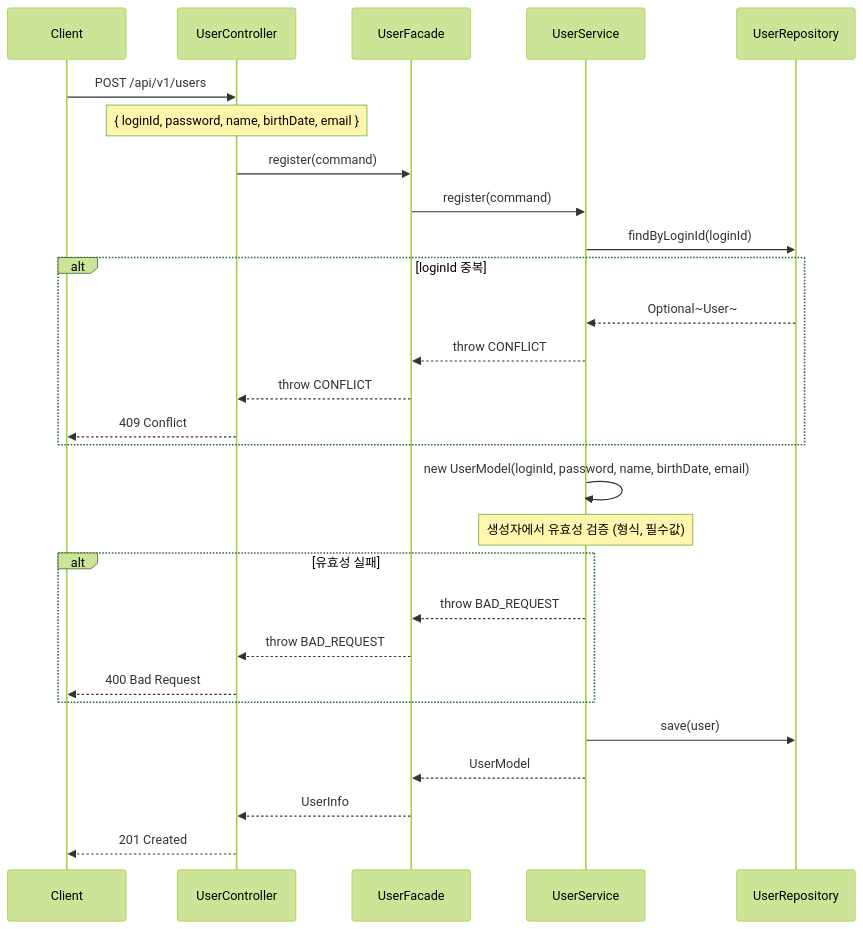
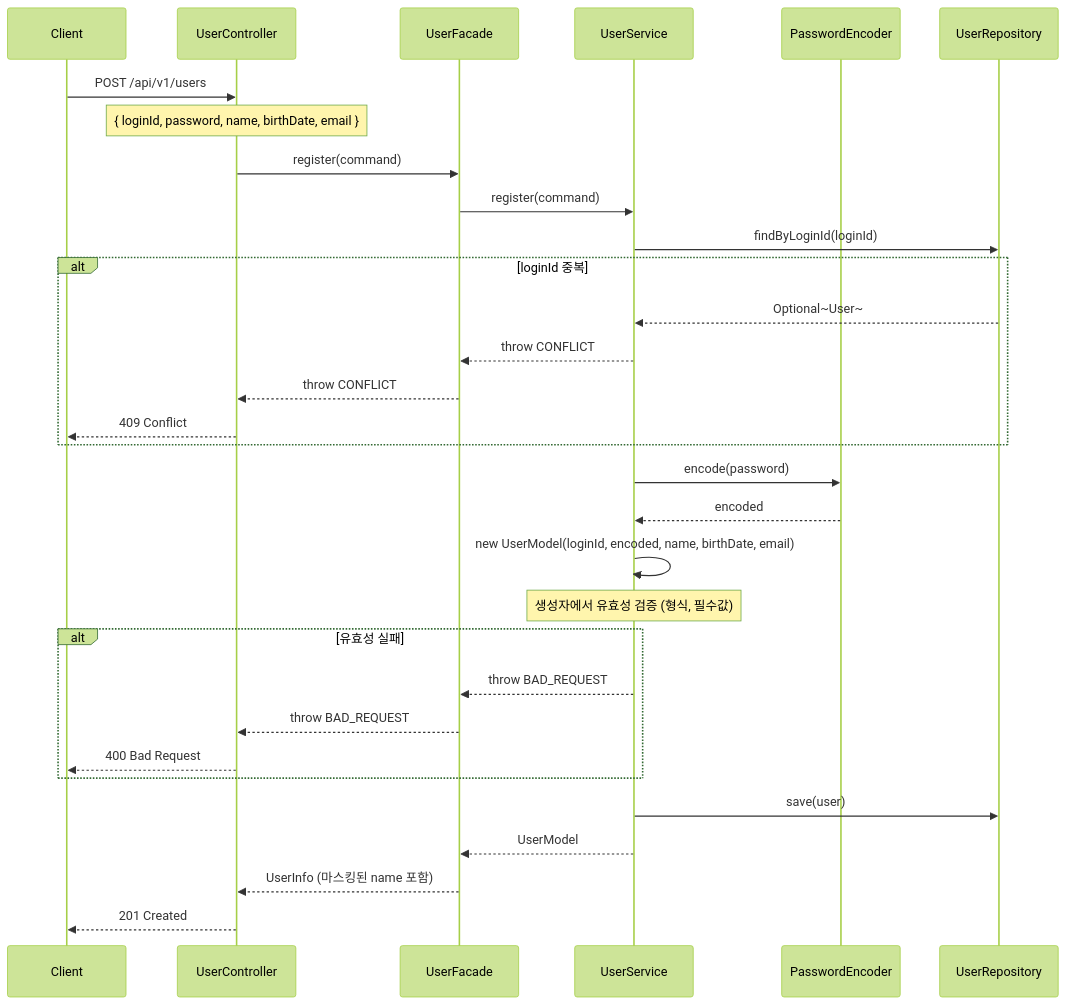
The second of 20 diagrams in docs/week2/02-sequence-diagrams.md (loopers-labs/loop-pack-be-l2-vol4-java), drawn with Mermaid (forest theme) before and after one commit. The commit also changed other lines of this file and 3 other files, not shown here.

First line of the commit message:
docs: 요구사항 정의서 전체 리라이트 및 시퀀스/클래스/ERD 보완

````diff
--- a/docs/week2/02-sequence-diagrams.md
+++ b/docs/week2/02-sequence-diagrams.md
@@ -35,36 +35,38 @@
 ```mermaid
 sequenceDiagram
     participant Client
     participant UserController
     participant UserFacade
     participant UserService
+    participant PasswordEncoder
     participant UserRepository
 
     Client->>UserController: POST /api/v1/users
     Note over UserController: { loginId, password, name, birthDate, email }
 
     UserController->>UserFacade: register(command)
-
     UserFacade->>UserService: register(command)
 
     UserService->>UserRepository: findByLoginId(loginId)
     alt loginId 중복
         UserRepository-->>UserService: Optional~User~
         UserService-->>UserFacade: throw CONFLICT
         UserFacade-->>UserController: throw CONFLICT
         UserController-->>Client: 409 Conflict
     end
 
-    UserService->>UserService: new UserModel(loginId, password, name, birthDate, email)
+    UserService->>PasswordEncoder: encode(password)
+    PasswordEncoder-->>UserService: encoded
+    UserService->>UserService: new UserModel(loginId, encoded, name, birthDate, email)
     Note over UserService: 생성자에서 유효성 검증 (형식, 필수값)
     alt 유효성 실패
         UserService-->>UserFacade: throw BAD_REQUEST
         UserFacade-->>UserController: throw BAD_REQUEST
         UserController-->>Client: 400 Bad Request
     end
 
     UserService->>UserRepository: save(user)
     UserService-->>UserFacade: UserModel
-    UserFacade-->>UserController: UserInfo
+    UserFacade-->>UserController: UserInfo (마스킹된 name 포함)
     UserController-->>Client: 201 Created
 ```
````
